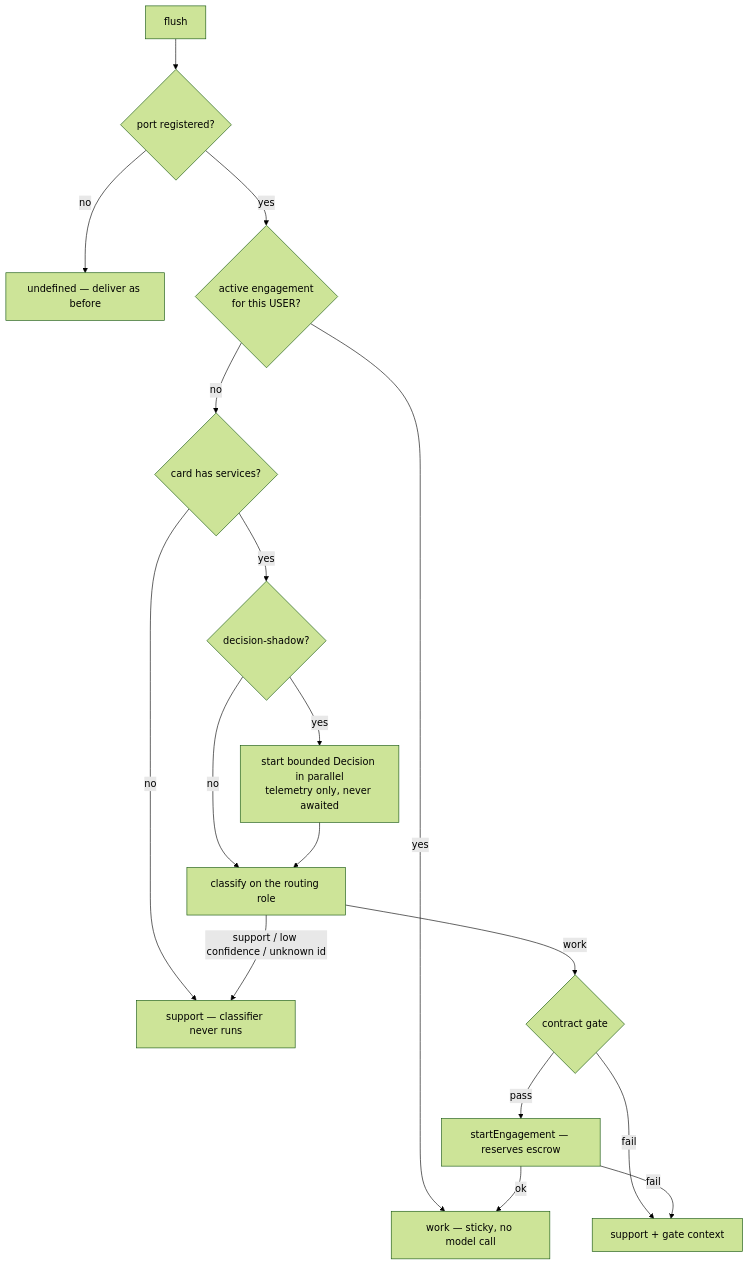
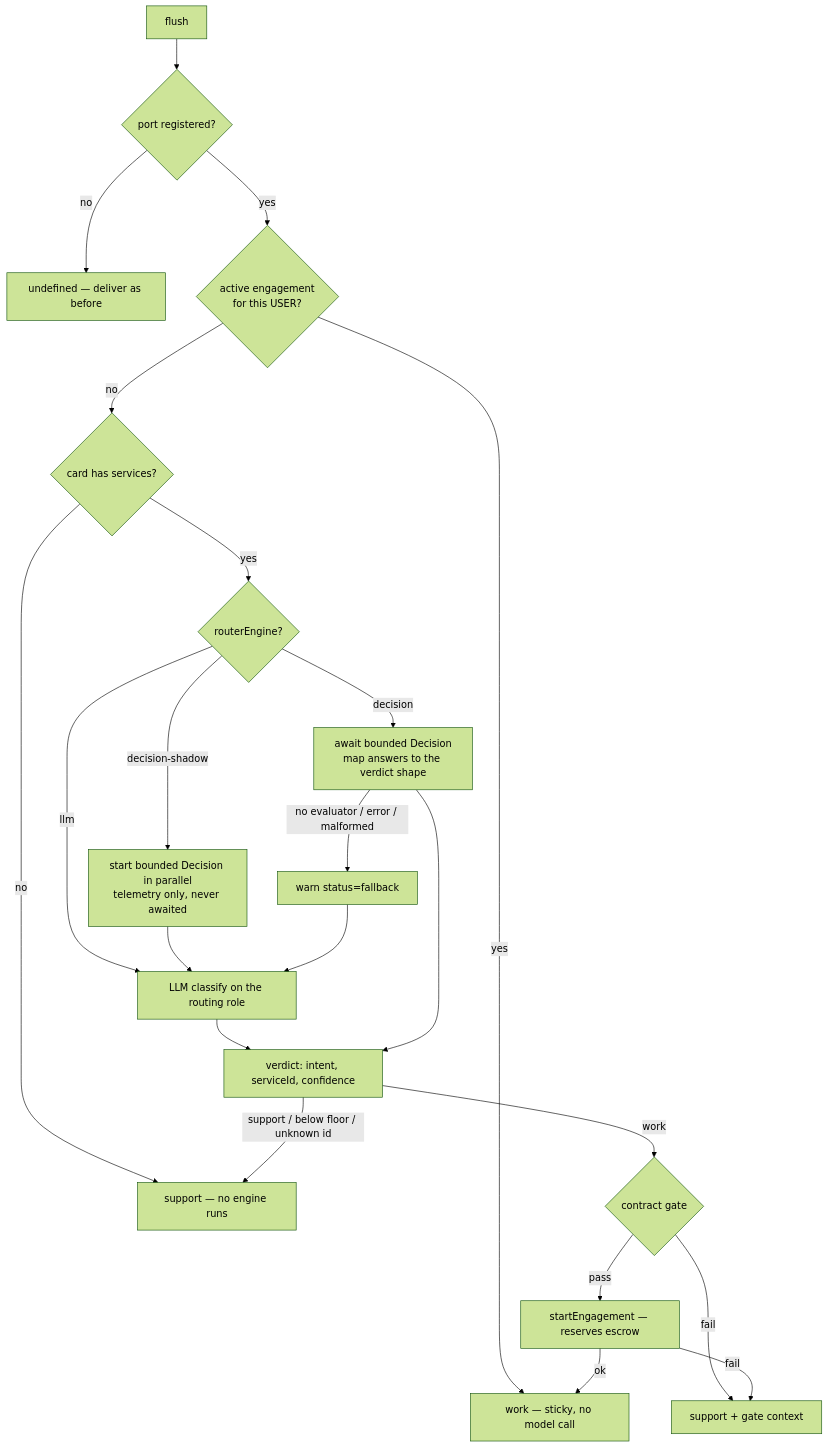
The diagram in docs/architecture/matrix-commerce.md (ixoworld/qiforge), drawn with Mermaid (forest theme) before and after one commit. The commit also changed other lines of this file and 7 other files, not shown here.

First line of the commit message:
Add decision router engine that routes on the bounded Decision instead of the LLM

````diff
--- a/docs/architecture/matrix-commerce.md
+++ b/docs/architecture/matrix-commerce.md
@@ -31,19 +31,24 @@
 ```mermaid
 graph TD
     F[flush] --> P{port registered?}
     P -->|no| PASS[undefined — deliver as before]
     P -->|yes| E{active engagement<br/>for this USER?}
     E -->|yes| W[work — sticky, no model call]
     E -->|no| C{card has services?}
-    C -->|no| S[support — classifier never runs]
-    C -->|yes| SH{decision-shadow?}
-    SH -->|yes| JEV[start bounded Decision in parallel<br/>telemetry only, never awaited]
-    SH -->|no| CLS[classify on the routing role]
+    C -->|no| S["support — no engine runs"]
+    C -->|yes| ENG{routerEngine?}
+    ENG -->|llm| CLS["LLM classify on the routing role"]
+    ENG -->|decision-shadow| JEV["start bounded Decision in parallel<br/>telemetry only, never awaited"]
     JEV --> CLS
-    CLS -->|support / low confidence / unknown id| S
-    CLS -->|work| G{contract gate}
+    ENG -->|decision| DEC["await bounded Decision<br/>map answers to the verdict shape"]
+    DEC -->|"no evaluator / error / malformed"| FB["warn status=fallback"]
+    FB --> CLS
+    CLS --> V["verdict: intent, serviceId, confidence"]
+    DEC --> V
+    V -->|"support / below floor / unknown id"| S
+    V -->|work| G{contract gate}
     G -->|fail| SG[support + gate context]
     G -->|pass| I[startEngagement — reserves escrow]
     I -->|fail| SG
     I -->|ok| W
 ```
````
